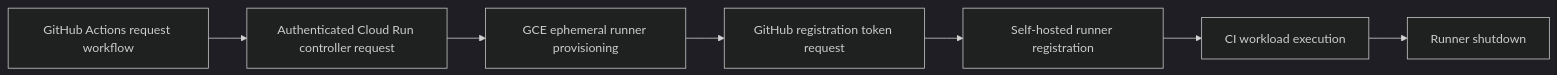
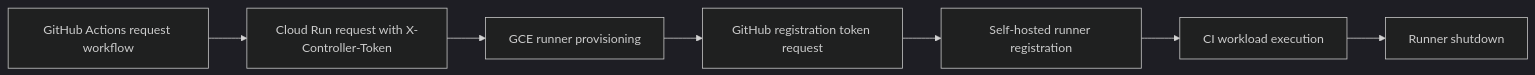
Before and after one commit to DimitryZH/ci-build-platform: the diagram in docs/github-integration-validation.md, drawn with Mermaid (dark theme). The commit also changed other lines of this file and 7 other files, not shown here.

Commit message:
docs: align workflow, secrets, and runner lifecycle documentation

````diff
--- a/docs/github-integration-validation.md
+++ b/docs/github-integration-validation.md
@@ -13,9 +13,9 @@
 ```mermaid
 flowchart LR
-    A[GitHub Actions request workflow] --> B[Authenticated Cloud Run controller request]
-    B --> C[GCE ephemeral runner provisioning]
+    A[GitHub Actions request workflow] --> B[Cloud Run request with X-Controller-Token]
+    B --> C[GCE runner provisioning]
     C --> D[GitHub registration token request]
     D --> E[Self-hosted runner registration]
     E --> F[CI workload execution]
     F --> G[Runner shutdown]
 ```
````
